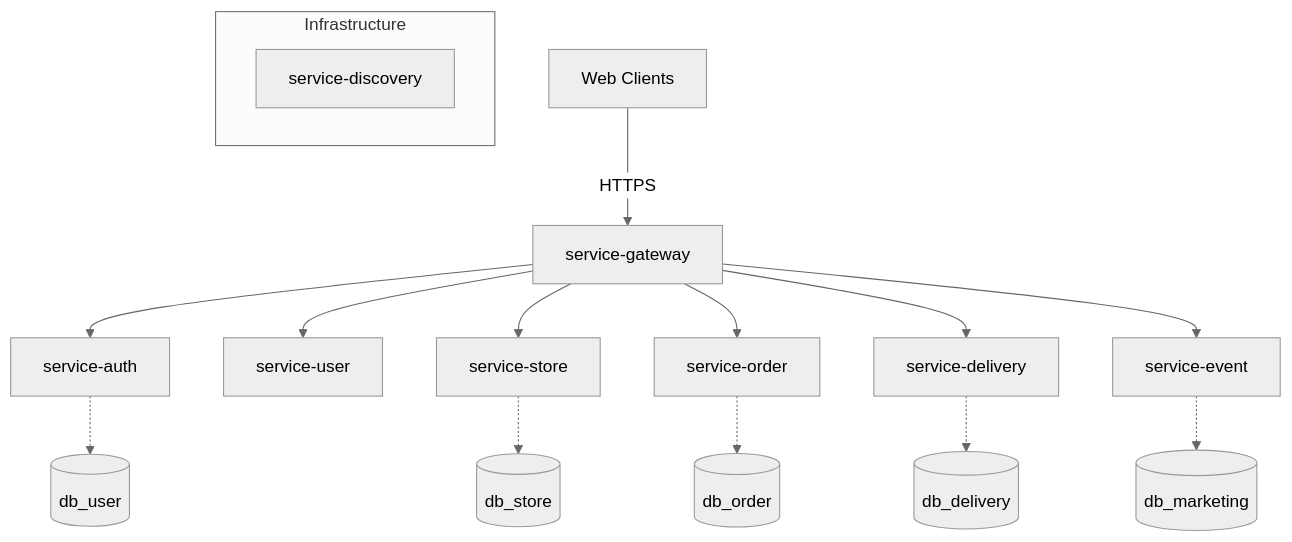
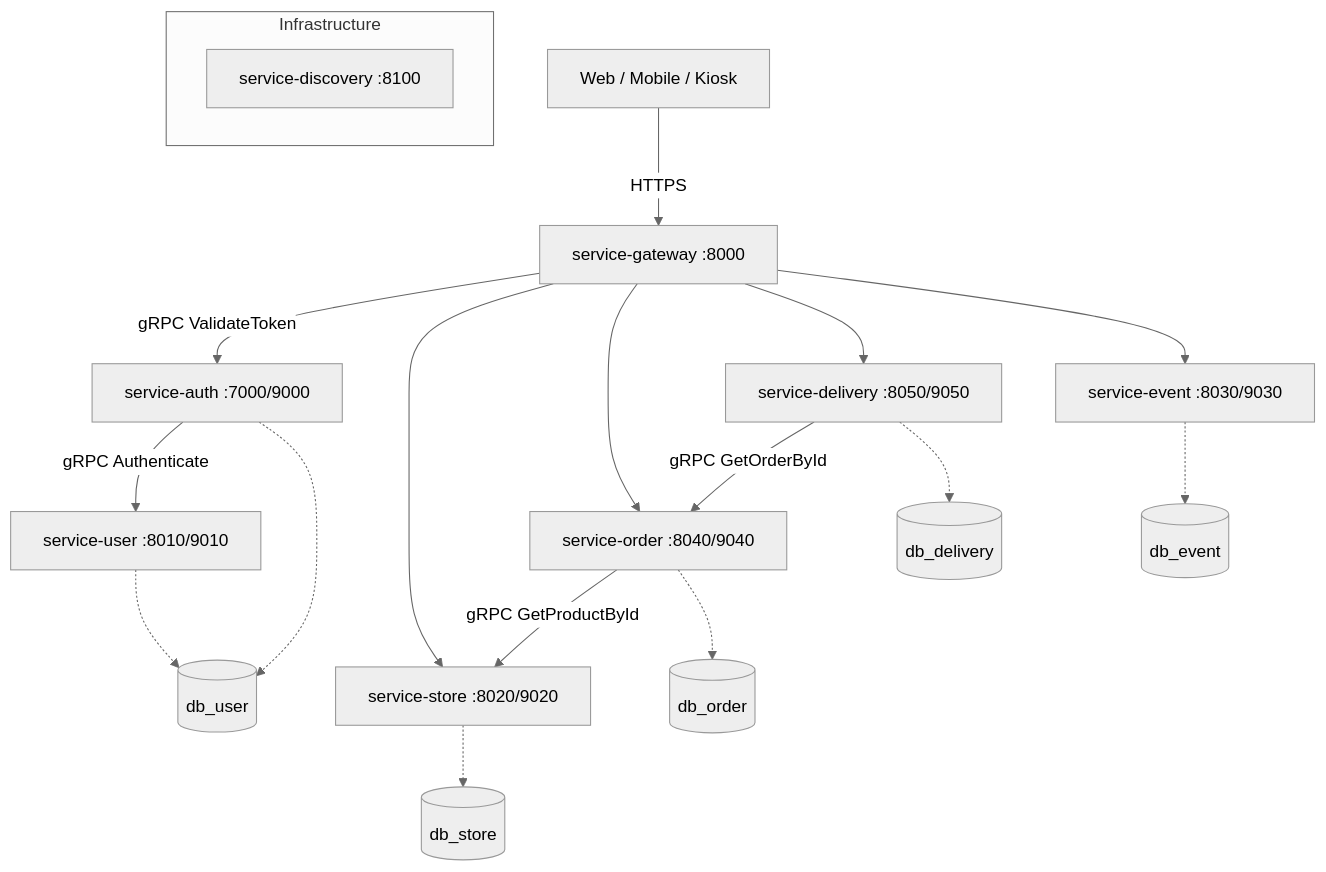
Before and after one commit to steveve14/FoodDeliveryAndIntegratedStoreManagementSystem: the diagram in README.md, drawn with Mermaid (neutral theme). The commit also changed other lines of this file and 136 other files, not shown here.

````diff
--- a/README.md
+++ b/README.md
@@ -81,21 +96,24 @@
 ```mermaid
 graph TD
-    Client[Web Clients] -->|HTTPS| Gateway[service-gateway]
+    Client[Web / Mobile / Kiosk] -->|HTTPS| Gateway[service-gateway :8000]
 
     subgraph Infrastructure
-        Eureka[service-discovery]
+        Eureka[service-discovery :8100]
     end
 
-    Gateway --> Auth[service-auth]
-    Gateway --> User[service-user]
-    Gateway --> Store[service-store]
-    Gateway --> Order[service-order]
-    Gateway --> Delivery[service-delivery]
-    Gateway --> Event[service-event]
+    Gateway -->|gRPC ValidateToken| Auth[service-auth :7000/9000]
+    Auth -->|gRPC Authenticate| User[service-user :8010/9010]
+    Gateway --> Store[service-store :8020/9020]
+    Gateway --> Order[service-order :8040/9040]
+    Order -->|gRPC GetProductById| Store
+    Gateway --> Delivery[service-delivery :8050/9050]
+    Delivery -->|gRPC GetOrderById| Order
+    Gateway --> Event[service-event :8030/9030]
 
-    Auth -.-> DBUser[(db_user)]
+    User -.-> DBUser[(db_user)]
+    Auth -.-> DBUser
     Store -.-> DBStore[(db_store)]
     Order -.-> DBOrder[(db_order)]
     Delivery -.-> DBDelivery[(db_delivery)]
-    Event -.-> DBMarketing[(db_marketing)]
+    Event -.-> DBEvent[(db_event)]
 ```
````
